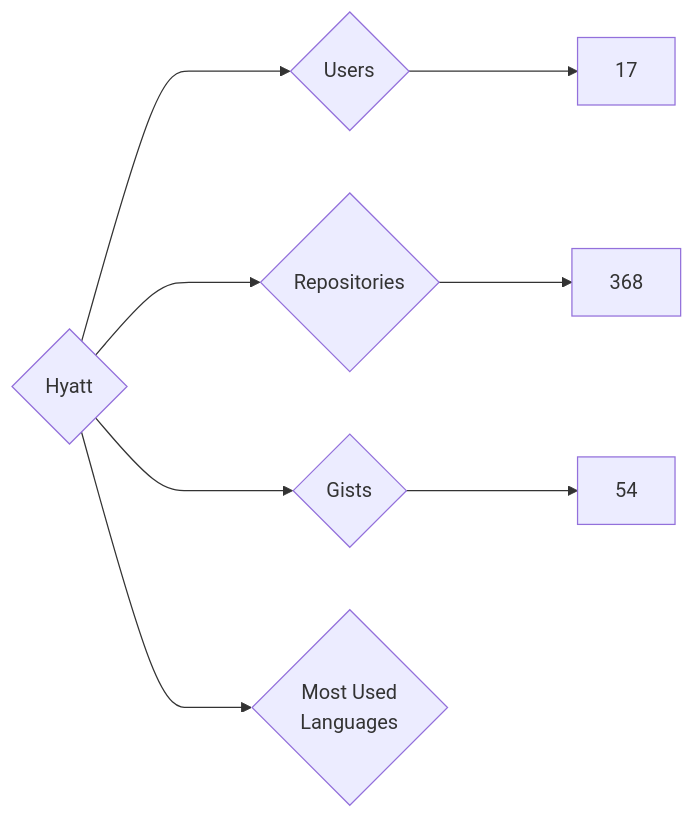
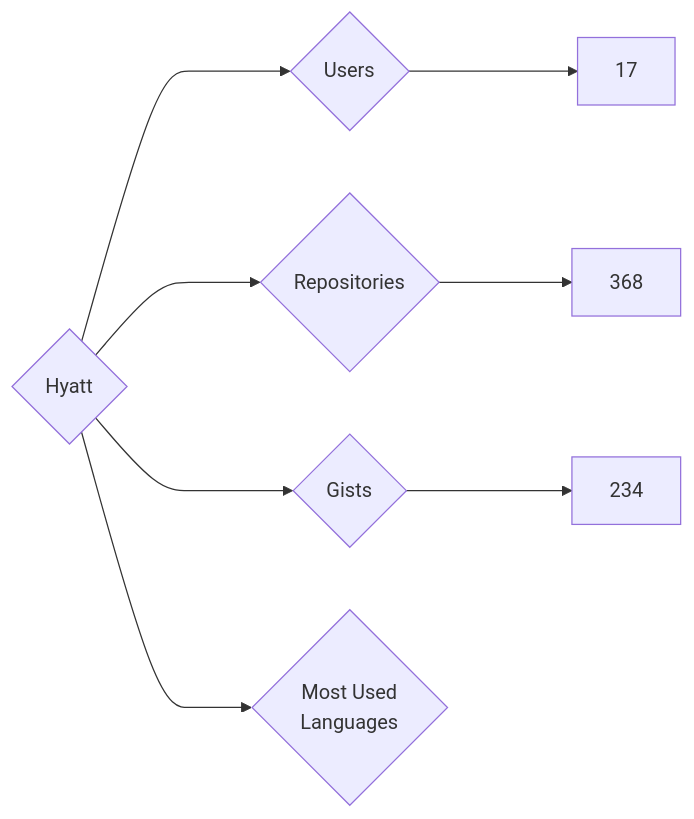
Before and after one commit to nenadzaric/insiders: the diagram in targets/Hyatt/README.md, drawn with Mermaid. The commit also changed 1342 other files, not shown here.

````diff
--- a/targets/Hyatt/README.md
+++ b/targets/Hyatt/README.md
@@ -3,8 +3,8 @@
 ```mermaid
 graph LR
 COMPANY_NAME{Hyatt}
 COMPANY_NAME ---> U{Users} ---> UN[17]
 COMPANY_NAME ---> R{Repositories} ---> RN[368]
-COMPANY_NAME ---> G{Gists} ---> GN[54]
+COMPANY_NAME ---> G{Gists} ---> GN[234]
 COMPANY_NAME ---> ML{Most Used<br>Languages}
 ```
````
